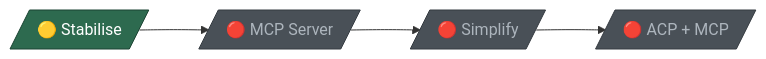
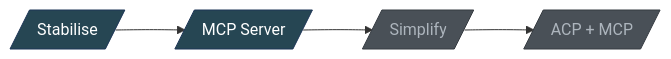
One commit to kanztu/opencode-cursor changed the second of 2 diagrams in README.md. Above: the diagram before and after it, drawn with Mermaid. The commit also changed other lines of this file, not shown here.

Commit message:
docs: collapse install options B/C/D/F, update roadmap layout

````diff
--- a/README.md
+++ b/README.md
@@ -155,9 +158,9 @@
 ```mermaid
 flowchart LR
-    P1[/"🟡 Stabilise"/] --> P2[/"🔴 MCP Server"/] --> P3[/"🔴 Simplify"/] --> P4[/"🔴 ACP + MCP"/]
+    P1[/Stabilise/] --> P2[/MCP Server/] --> P3[/Simplify/] --> P4[/ACP + MCP/]
     
-    style P1 fill:#2d6a4f,stroke:#1b4332,color:#fff
-    style P2 fill:#495057,stroke:#343a40,color:#adb5bd
+    style P1 fill:#264653,stroke:#1d3557,color:#fff
+    style P2 fill:#264653,stroke:#1d3557,color:#fff
     style P3 fill:#495057,stroke:#343a40,color:#adb5bd
     style P4 fill:#495057,stroke:#343a40,color:#adb5bd
 ```
````
